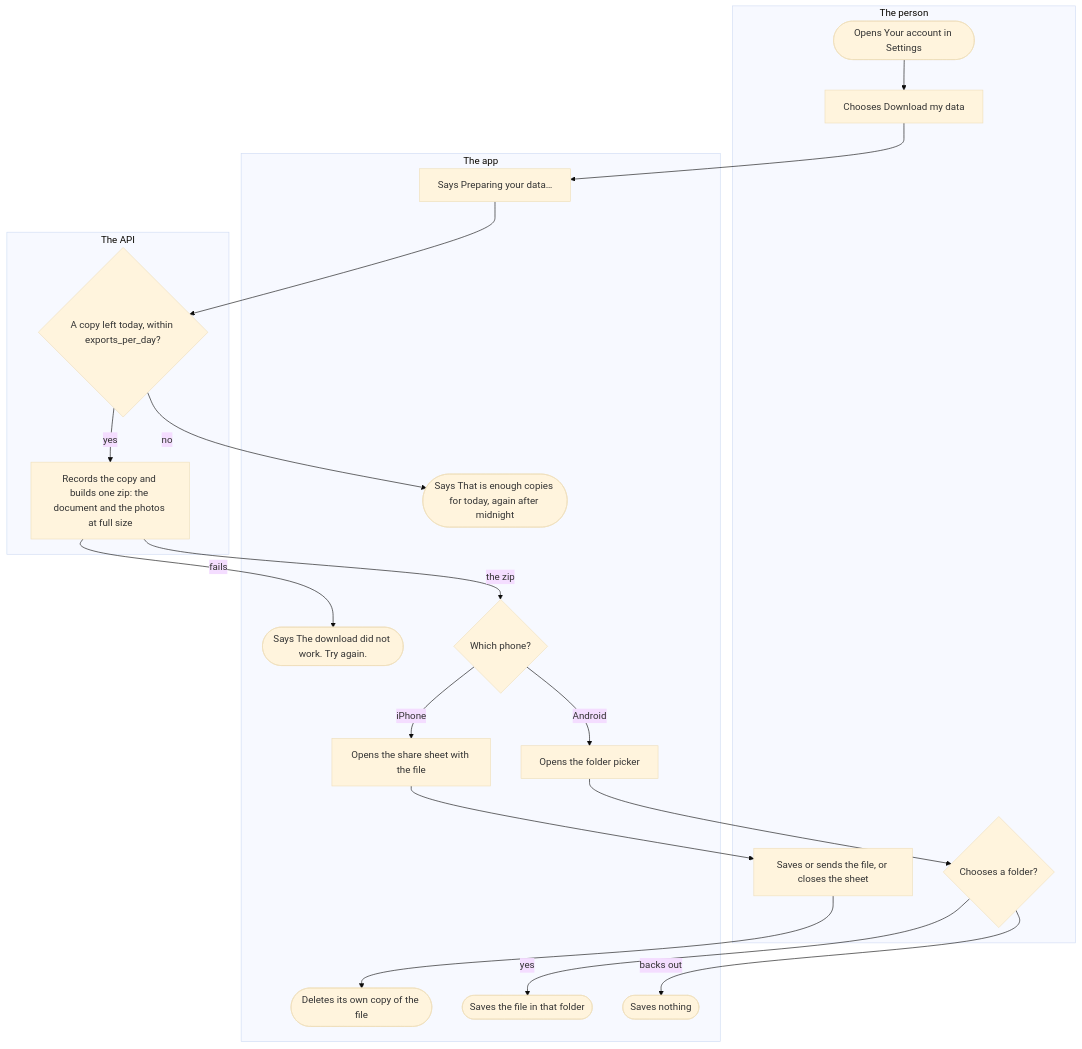
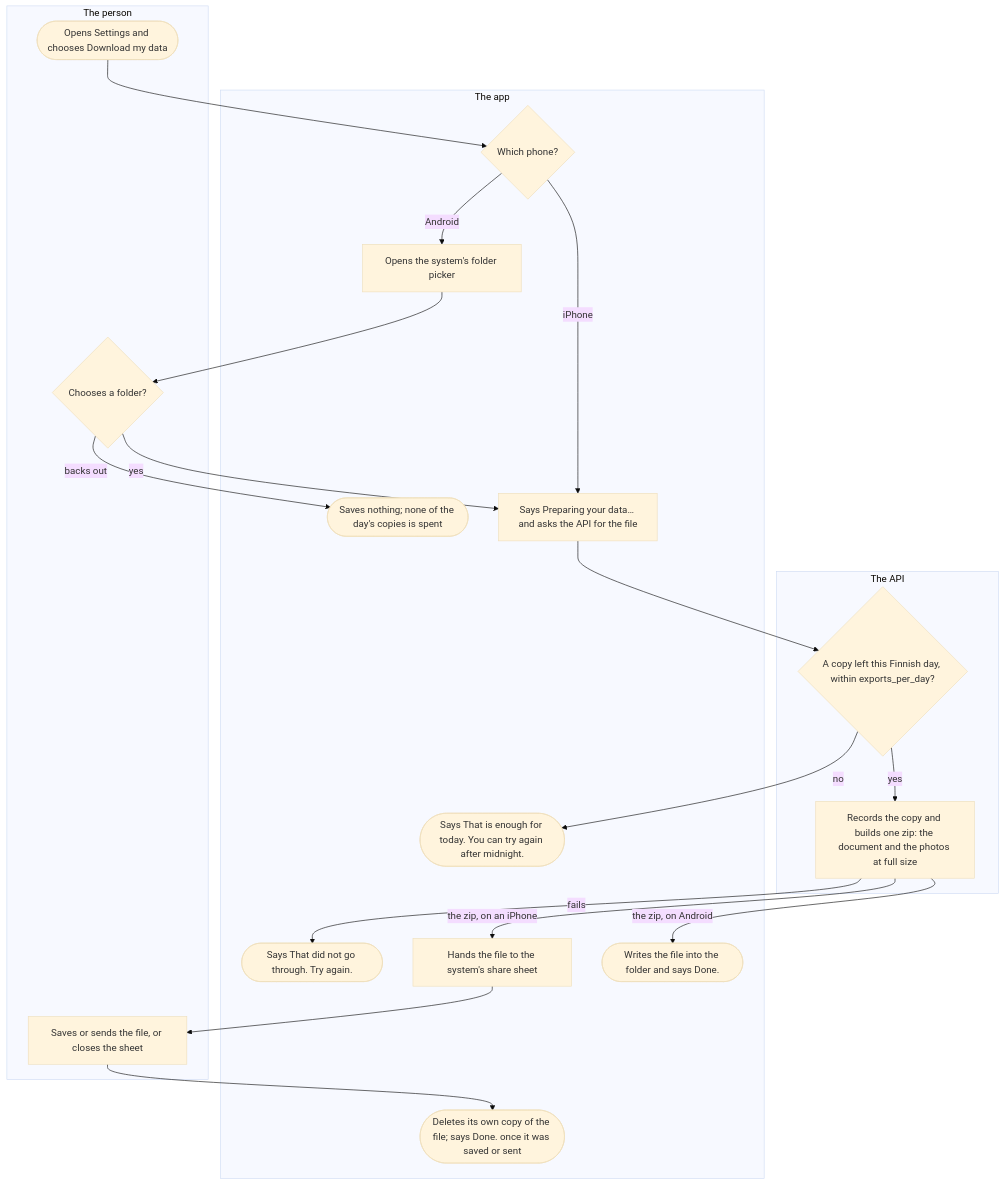
One commit to kuutti-ry/kuutti-app changed the second of 2 diagrams in docs/flows/erasure-and-export.md. Above: the diagram before and after it, drawn with Mermaid (base theme). The commit also changed other lines of this file and 41 other files, not shown here.

First line of the commit message:
Redraw the user flows against today's main, held by check:docs

````diff
--- a/docs/flows/erasure-and-export.md
+++ b/docs/flows/erasure-and-export.md
@@ -78,40 +94,39 @@
 ```mermaid
 flowchart TB
   accTitle: Downloading one's data
-  accDescr: The person chooses Download my data. Within the day's copies the API builds one zip with a document of everything Kuutti holds about them and their photos at full size. On an iPhone the share sheet hands the file on and the app deletes its own copy, and on Android the person picks a folder to save it in.
+  accDescr: The person chooses Download my data. On Android they pick a folder first, and backing out spends nothing. Within the day's copies the API builds one zip with a document of everything Kuutti holds about them and their photos at full size. On an iPhone the share sheet hands the file on and the app deletes its own copy; on Android the file goes into the folder. A file handed over says Done.
   subgraph person["The person"]
-    s18(["Opens Your account in Settings"])
-    s19["Chooses Download my data"]
-    s27["Saves or sends the file, or closes the sheet"]
-    s30{"Chooses a folder?"}
+    s19(["Opens Settings and chooses Download my data"])
+    s22{"Chooses a folder?"}
+    s30["Saves or sends the file, or closes the sheet"]
   end
   subgraph app["The app"]
-    s20["Says Preparing your data…"]
-    s22(["Says That is enough copies for today, again after midnight"])
-    s24(["Says The download did not work. Try again."])
-    s25{"Which phone?"}
-    s26["Opens the share sheet with the file"]
-    s28(["Deletes its own copy of the file"])
-    s29["Opens the folder picker"]
-    s31(["Saves the file in that folder"])
-    s32(["Saves nothing"])
+    s20{"Which phone?"}
+    s21["Opens the system's folder picker"]
+    s23(["Saves nothing; none of the day's copies is spent"])
+    s24["Says Preparing your data… and asks the API for the file"]
+    s26(["Says That is enough for today. You can try again after midnight."])
+    s28(["Says That did not go through. Try again."])
+    s29["Hands the file to the system's share sheet"]
+    s31(["Deletes its own copy of the file; says Done. once it was saved or sent"])
+    s32(["Writes the file into the folder and says Done."])
   end
   subgraph api["The API"]
-    s21{"A copy left today, within exports_per_day?"}
-    s23["Records the copy and builds one zip: the document and the photos at full size"]
+    s25{"A copy left this Finnish day, within exports_per_day?"}
+    s27["Records the copy and builds one zip: the document and the photos at full size"]
   end
-  s18 --> s19
   s19 --> s20
-  s20 --> s21
-  s21 -->|"no"| s22
-  s21 -->|"yes"| s23
-  s23 -->|"fails"| s24
-  s23 -->|"the zip"| s25
-  s25 -->|"iPhone"| s26
-  s26 --> s27
-  s27 --> s28
-  s25 -->|"Android"| s29
+  s20 -->|"Android"| s21
+  s21 --> s22
+  s22 -->|"backs out"| s23
+  s22 -->|"yes"| s24
+  s20 -->|"iPhone"| s24
+  s24 --> s25
+  s25 -->|"no"| s26
+  s25 -->|"yes"| s27
+  s27 -->|"fails"| s28
+  s27 -->|"the zip, on an iPhone"| s29
   s29 --> s30
-  s30 -->|"yes"| s31
-  s30 -->|"backs out"| s32
+  s30 --> s31
+  s27 -->|"the zip, on Android"| s32
 ```
````
